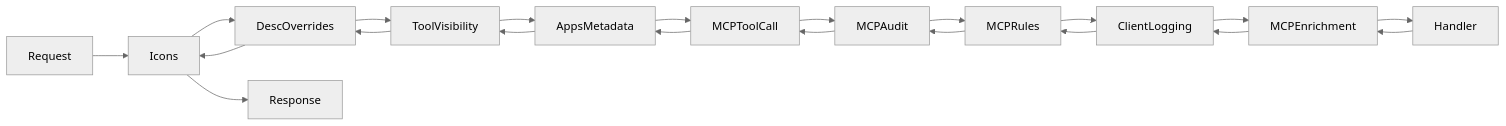
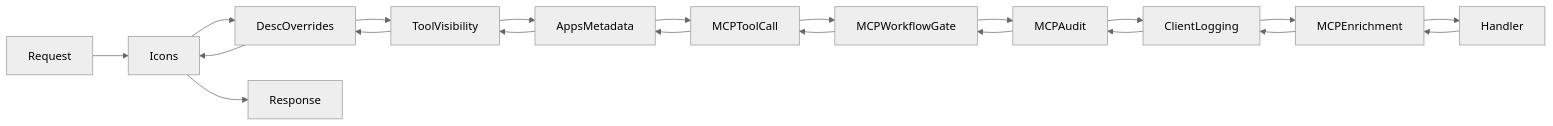
Before and after one commit to txn2/mcp-data-platform: the diagram in docs/reference/middleware.md, drawn with Mermaid (neutral theme). The commit also changed other lines of this file and 28 other files, not shown here.

````diff
--- a/docs/reference/middleware.md
+++ b/docs/reference/middleware.md
@@ -7,23 +7,23 @@
 ```mermaid
 graph LR
     Request --> Icons
     Icons --> DescOverrides
     DescOverrides --> ToolVisibility
     ToolVisibility --> AppsMetadata
     AppsMetadata --> MCPToolCall
-    MCPToolCall --> MCPAudit
-    MCPAudit --> MCPRules
-    MCPRules --> ClientLogging
+    MCPToolCall --> MCPWorkflowGate
+    MCPWorkflowGate --> MCPAudit
+    MCPAudit --> ClientLogging
     ClientLogging --> MCPEnrichment
     MCPEnrichment --> Handler
     Handler --> MCPEnrichment
     MCPEnrichment --> ClientLogging
-    ClientLogging --> MCPRules
-    MCPRules --> MCPAudit
-    MCPAudit --> MCPToolCall
+    ClientLogging --> MCPAudit
+    MCPAudit --> MCPWorkflowGate
+    MCPWorkflowGate --> MCPToolCall
     MCPToolCall --> AppsMetadata
     AppsMetadata --> ToolVisibility
     ToolVisibility --> DescOverrides
     DescOverrides --> Icons
     Icons --> Response
 ```
````
